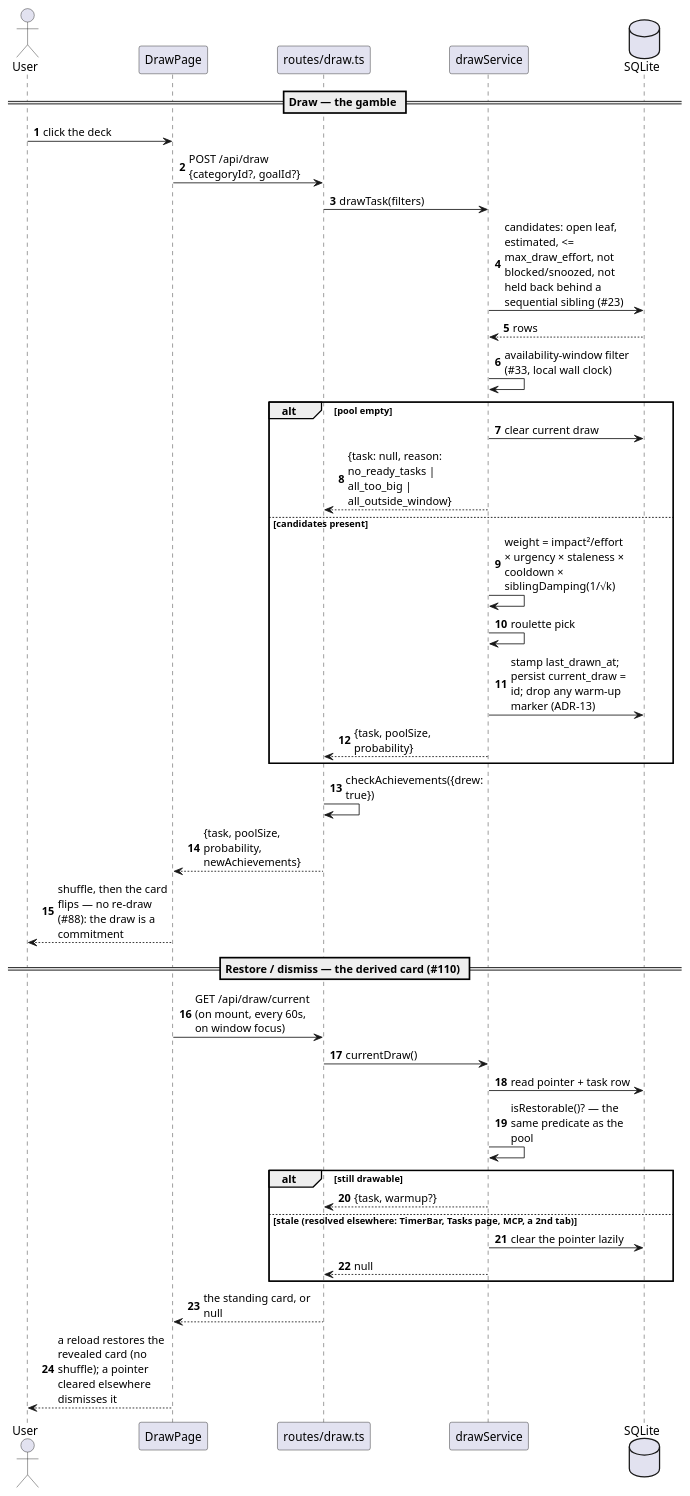
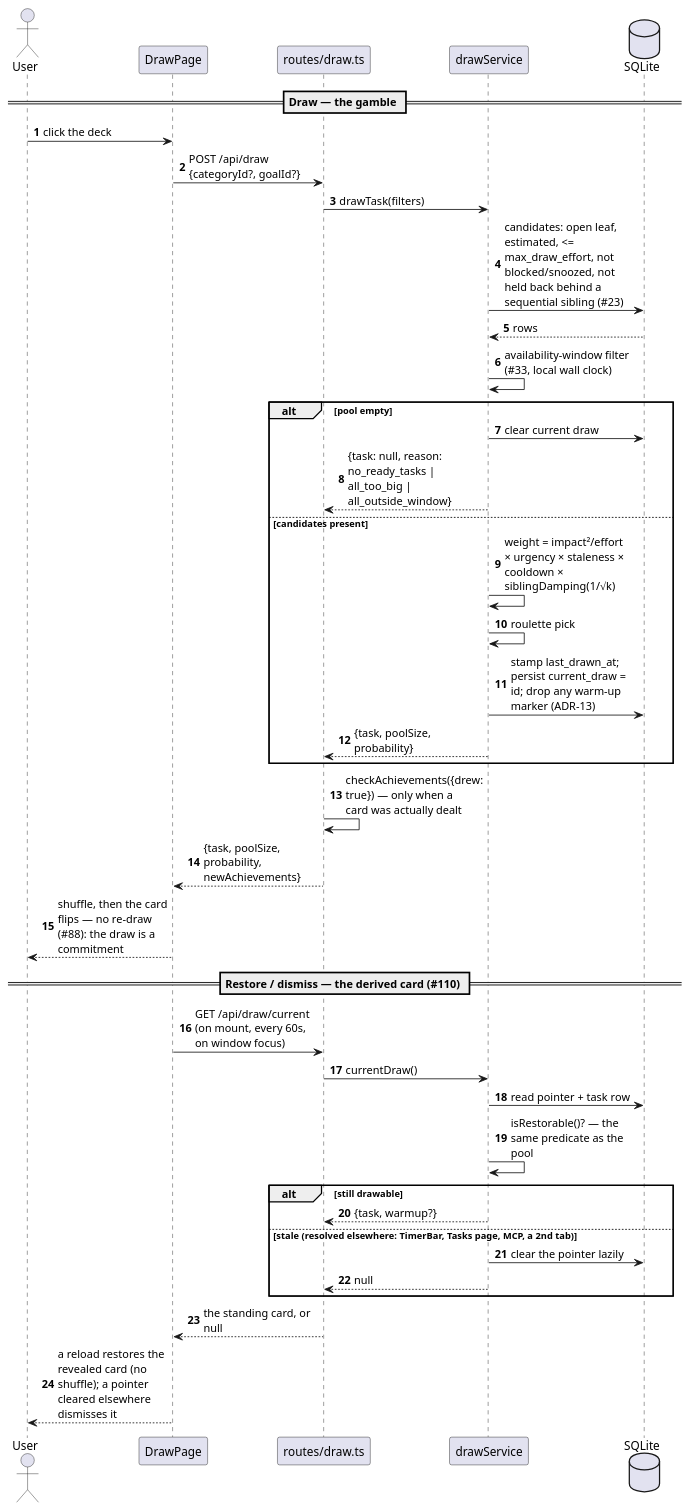
Before and after one commit to FelixGeisler/draw: the first of 3 diagrams in docs/modules/ROOT/pages/06_runtime_view.adoc, drawn with PlantUML. The commit also changed other lines of this file and 1 other file, not shown here.

Commit message:
#45 Note the kroki.io build dependency in README and CONTRIBUTING

```diff
--- a/docs/modules/ROOT/pages/06_runtime_view.adoc
+++ b/docs/modules/ROOT/pages/06_runtime_view.adoc
@@ -5,49 +5,49 @@
 [plantuml,runtime-draw,svg]
 ....
 @startuml
 skinparam shadowing false
 skinparam maxMessageSize 150
 skinparam sequenceMessageAlign left
 autonumber
 
 actor User
 participant "DrawPage" as UI
 participant "routes/draw.ts" as Route
 participant "drawService" as Draw
 database "SQLite" as DB
 
 == Draw — the gamble ==
 User -> UI : click the deck
 UI -> Route : POST /api/draw {categoryId?, goalId?}
 Route -> Draw : drawTask(filters)
 Draw -> DB : candidates: open leaf, estimated, <= max_draw_effort, not blocked/snoozed, not held back behind a sequential sibling (#23)
 DB --> Draw : rows
 Draw -> Draw : availability-window filter (#33, local wall clock)
 alt pool empty
   Draw -> DB : clear current draw
   Draw --> Route : {task: null, reason: no_ready_tasks | all_too_big | all_outside_window}
 else candidates present
   Draw -> Draw : weight = impact²/effort × urgency × staleness × cooldown × siblingDamping(1/√k)
   Draw -> Draw : roulette pick
   Draw -> DB : stamp last_drawn_at; persist current_draw = id; drop any warm-up marker (ADR-13)
   Draw --> Route : {task, poolSize, probability}
 end
-Route -> Route : checkAchievements({drew: true})
+Route -> Route : checkAchievements({drew: true}) — only when a card was actually dealt
 Route --> UI : {task, poolSize, probability, newAchievements}
 UI --> User : shuffle, then the card flips — no re-draw (#88): the draw is a commitment
 
 == Restore / dismiss — the derived card (#110) ==
 UI -> Route : GET /api/draw/current (on mount, every 60s, on window focus)
 Route -> Draw : currentDraw()
 Draw -> DB : read pointer + task row
 Draw -> Draw : isRestorable()? — the same predicate as the pool
 alt still drawable
   Draw --> Route : {task, warmup?}
 else stale (resolved elsewhere: TimerBar, Tasks page, MCP, a 2nd tab)
   Draw -> DB : clear the pointer lazily
   Draw --> Route : null
 end
 Route --> UI : the standing card, or null
 UI --> User : a reload restores the revealed card (no shuffle); a pointer cleared elsewhere dismisses it
 @enduml
 ....
```
